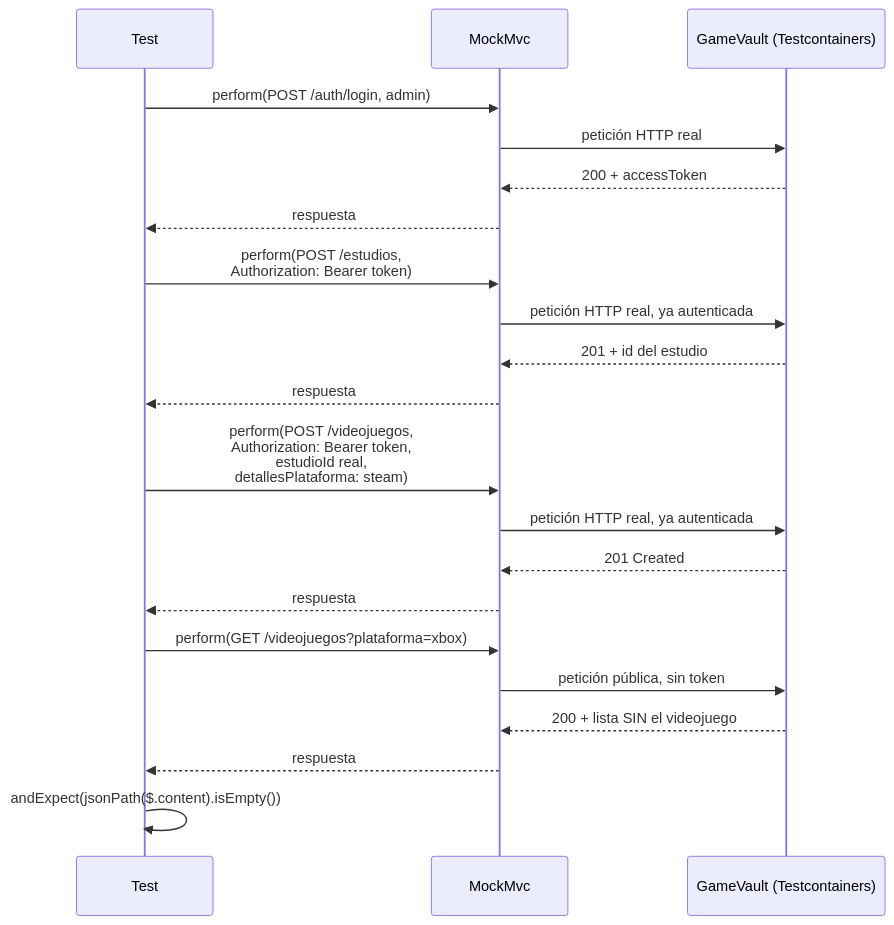
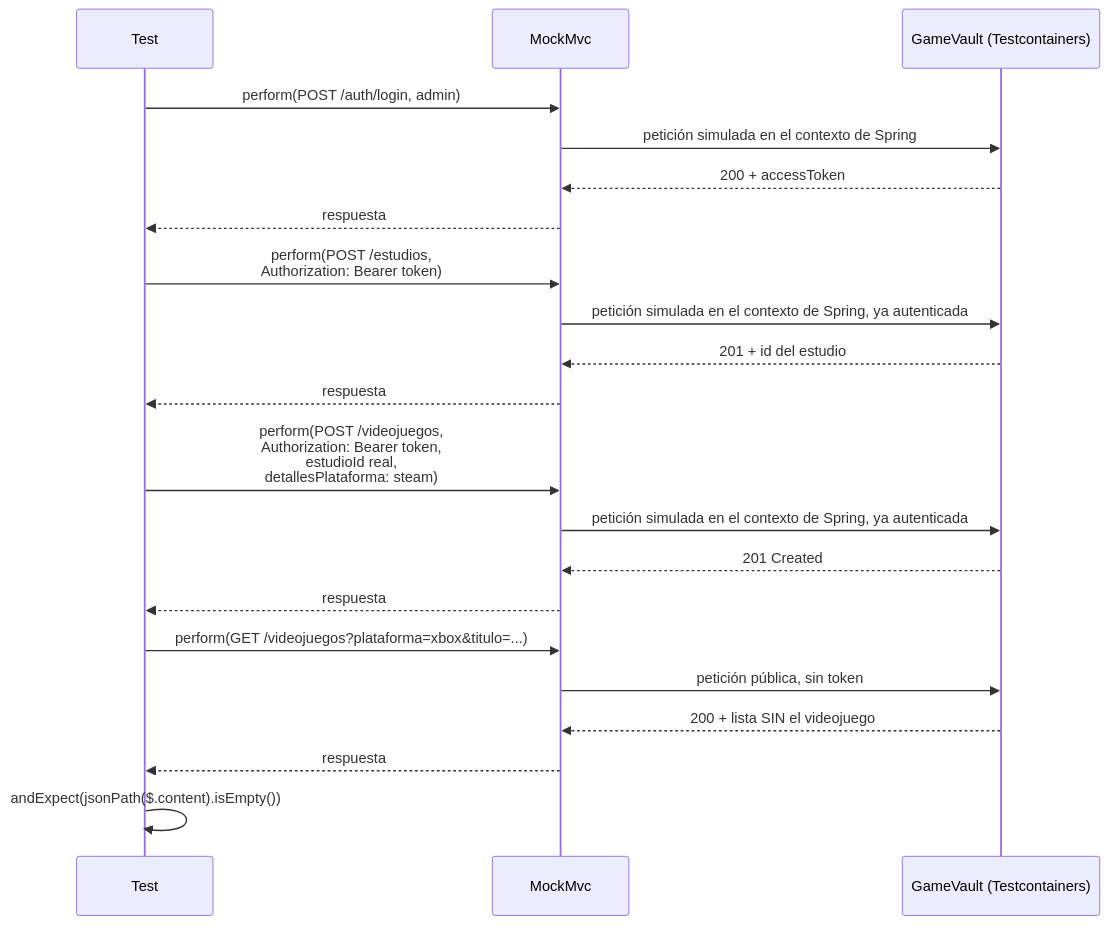
One commit to aitorventura/acceso-a-datos changed the second of 6 diagrams in docs/tema2/actividad_2_3.md. Above: the diagram before and after it, drawn with Mermaid. The commit also changed other lines of this file and 5 other files, not shown here.

````diff
--- a/docs/tema2/actividad_2_3.md
+++ b/docs/tema2/actividad_2_3.md
@@ -265,27 +234,27 @@
 ```mermaid
 sequenceDiagram
     participant Test
     participant MockMvc
     participant App as GameVault (Testcontainers)
 
     Test->>MockMvc: perform(POST /auth/login, admin)
-    MockMvc->>App: petición HTTP real
+    MockMvc->>App: petición simulada en el contexto de Spring
     App-->>MockMvc: 200 + accessToken
     MockMvc-->>Test: respuesta
 
     Test->>MockMvc: perform(POST /estudios,<br/>Authorization: Bearer token)
-    MockMvc->>App: petición HTTP real, ya autenticada
+    MockMvc->>App: petición simulada en el contexto de Spring, ya autenticada
     App-->>MockMvc: 201 + id del estudio
     MockMvc-->>Test: respuesta
 
     Test->>MockMvc: perform(POST /videojuegos,<br/>Authorization: Bearer token,<br/>estudioId real,<br/>detallesPlataforma: steam)
-    MockMvc->>App: petición HTTP real, ya autenticada
+    MockMvc->>App: petición simulada en el contexto de Spring, ya autenticada
     App-->>MockMvc: 201 Created
     MockMvc-->>Test: respuesta
 
-    Test->>MockMvc: perform(GET /videojuegos?plataforma=xbox)
+    Test->>MockMvc: perform(GET /videojuegos?plataforma=xbox&titulo=...)
     MockMvc->>App: petición pública, sin token
     App-->>MockMvc: 200 + lista SIN el videojuego
     MockMvc-->>Test: respuesta
     Test->>Test: andExpect(jsonPath($.content).isEmpty())
 ```
````
